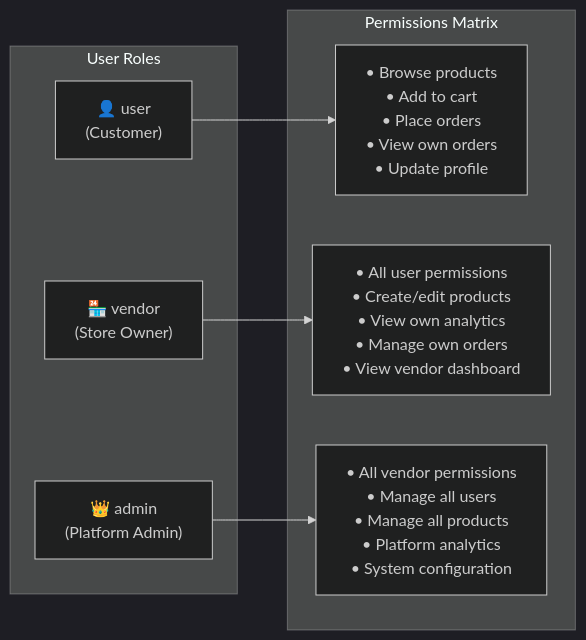
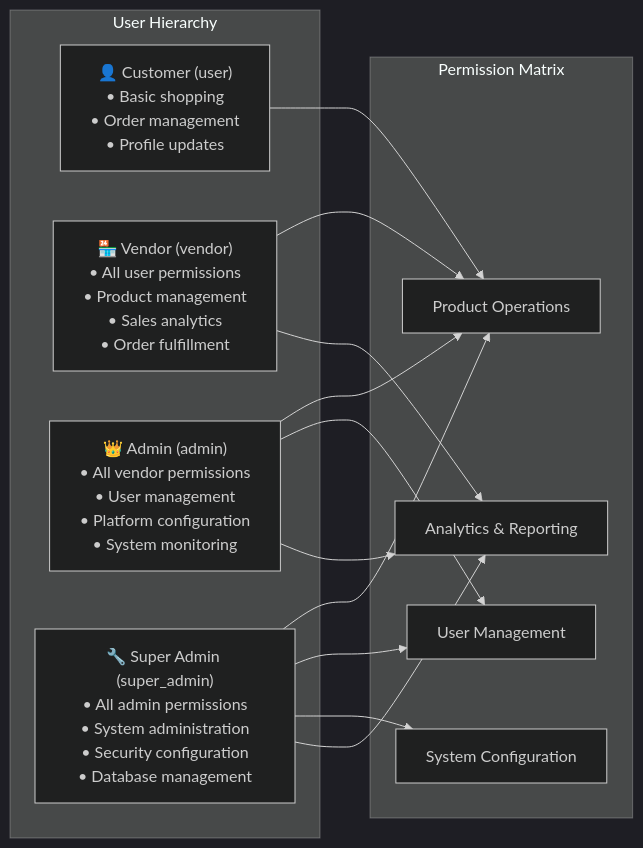
One commit to abh1hi/aura-shop changed the sixth of 11 diagrams in AUTHENTICATION_SYSTEM_DOCS.md. Above: the diagram before and after it, drawn with Mermaid (dark theme). The commit also changed other lines of this file, not shown here.

Commit message:
Update authentication system documentation with enhanced security features and implementation details

````diff
--- a/AUTHENTICATION_SYSTEM_DOCS.md
+++ b/AUTHENTICATION_SYSTEM_DOCS.md
@@ -157,18 +524,27 @@
 ```mermaid
 graph LR
-    subgraph "User Roles"
-        UserRole["👤 user\n(Customer)"]
-        VendorRole["🏪 vendor\n(Store Owner)"]
-        AdminRole["👑 admin\n(Platform Admin)"]
+    subgraph "User Hierarchy"
+        A["👤 Customer (user)\n• Basic shopping\n• Order management\n• Profile updates"]
+        B["🏪 Vendor (vendor)\n• All user permissions\n• Product management\n• Sales analytics\n• Order fulfillment"]
+        C["👑 Admin (admin)\n• All vendor permissions\n• User management\n• Platform configuration\n• System monitoring"]
+        D["🔧 Super Admin (super_admin)\n• All admin permissions\n• System administration\n• Security configuration\n• Database management"]
     end
     
-    subgraph "Permissions Matrix"
-        UserPerms["• Browse products\n• Add to cart\n• Place orders\n• View own orders\n• Update profile"]
-        VendorPerms["• All user permissions\n• Create/edit products\n• View own analytics\n• Manage own orders\n• View vendor dashboard"]
-        AdminPerms["• All vendor permissions\n• Manage all users\n• Manage all products\n• Platform analytics\n• System configuration"]
+    subgraph "Permission Matrix"
+        E["Product Operations"]
+        F["User Management"]
+        G["System Configuration"]
+        H["Analytics & Reporting"]
     end
     
-    UserRole --> UserPerms
-    VendorRole --> VendorPerms
-    AdminRole --> AdminPerms
+    A --> E
+    B --> E
+    B --> H
+    C --> E
+    C --> F
+    C --> H
+    D --> E
+    D --> F
+    D --> G
+    D --> H
 ```
````
